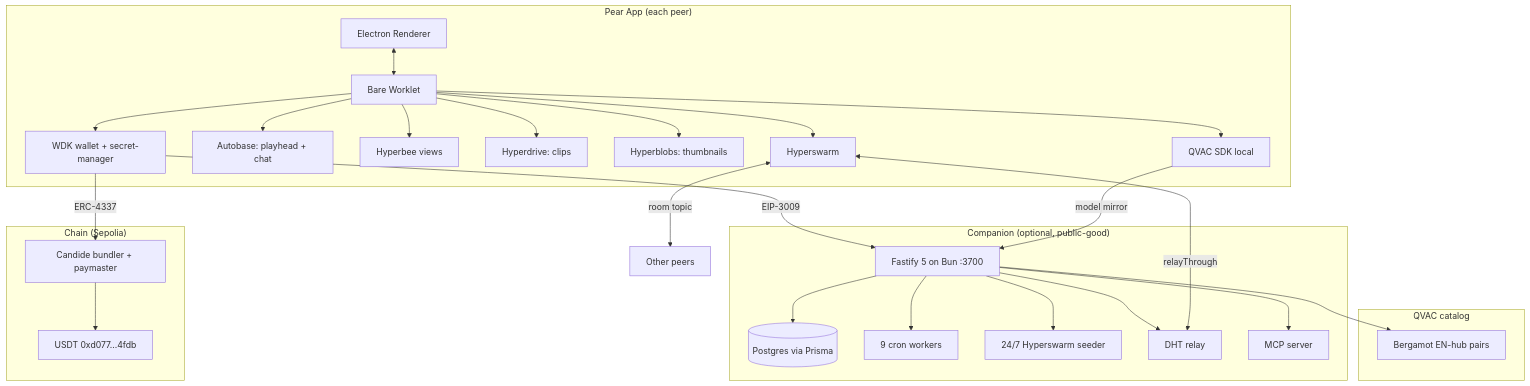
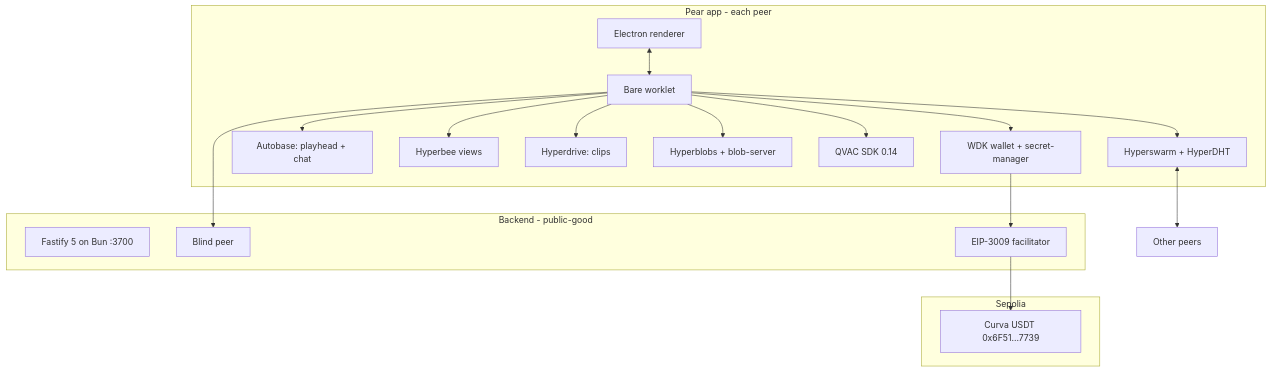
One commit to louissarvin/Curva changed the diagram in README.md. Above: the diagram before and after it, drawn with Mermaid. The commit also changed other lines of this file, not shown here.

````diff
--- a/README.md
+++ b/README.md
@@ -112,41 +198,30 @@
 ```mermaid
 graph TD
-    subgraph "Pear App (each peer)"
-        UI[Electron Renderer]
-        BARE[Bare Worklet]
+    subgraph Client [Pear app - each peer]
+        UI[Electron renderer]
+        BARE[Bare worklet]
         UI <--> BARE
-        BARE --> SWARM[Hyperswarm]
-        BARE --> AUTOBASE[Autobase: playhead + chat]
+        BARE --> SWARM[Hyperswarm + HyperDHT]
+        BARE --> AB[Autobase: playhead + chat]
         BARE --> HB[Hyperbee views]
         BARE --> HD[Hyperdrive: clips]
-        BARE --> BLOBS[Hyperblobs: thumbnails]
-        BARE --> QVAC_L[QVAC SDK local]
-        BARE --> WDK_L[WDK wallet + secret-manager]
+        BARE --> BLOBS[Hyperblobs + blob-server]
+        BARE --> QVAC[QVAC SDK 0.14]
+        BARE --> WDK[WDK wallet + secret-manager]
     end
 
-    subgraph "Companion (optional, public-good)"
-        FASTIFY[Fastify 5 on Bun :3700]
-        FASTIFY --> PRISMA[(Postgres via Prisma)]
-        FASTIFY --> WORKERS[9 cron workers]
-        FASTIFY --> SEEDER[24/7 Hyperswarm seeder]
-        FASTIFY --> RELAY[DHT relay]
-        FASTIFY --> MCP[MCP server]
+    subgraph Companion [Backend - public-good]
+        API[Fastify 5 on Bun :3700]
+        BLIND[Blind peer]
+        FAC[EIP-3009 facilitator]
     end
 
-    subgraph "Chain (Sepolia)"
-        USDT[USDT 0xd077...4fdb]
-        BUNDLER[Candide bundler + paymaster]
+    subgraph Chain [Sepolia]
+        USDT[Curva USDT 0x6F51...7739]
     end
 
-    subgraph "QVAC catalog"
-        BERGAMOT[Bergamot EN-hub pairs]
-    end
-
-    SWARM <-->|room topic| SWARM_R[Other peers]
-    SWARM <-->|relayThrough| RELAY
-    WDK_L -->|EIP-3009| FASTIFY
-    WDK_L -->|ERC-4337| BUNDLER
-    BUNDLER --> USDT
-    QVAC_L -->|model mirror| FASTIFY
-    FASTIFY --> BERGAMOT
+    SWARM <--> SWARM_R[Other peers]
+    BARE --> BLIND
+    WDK --> FAC
+    FAC --> USDT
 ```
````
